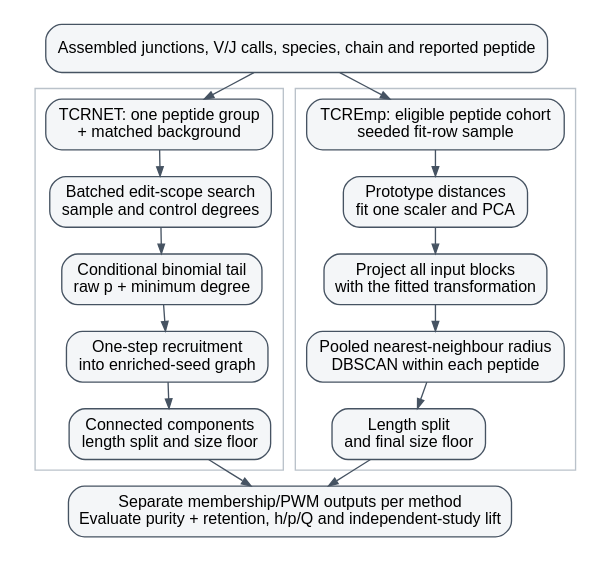
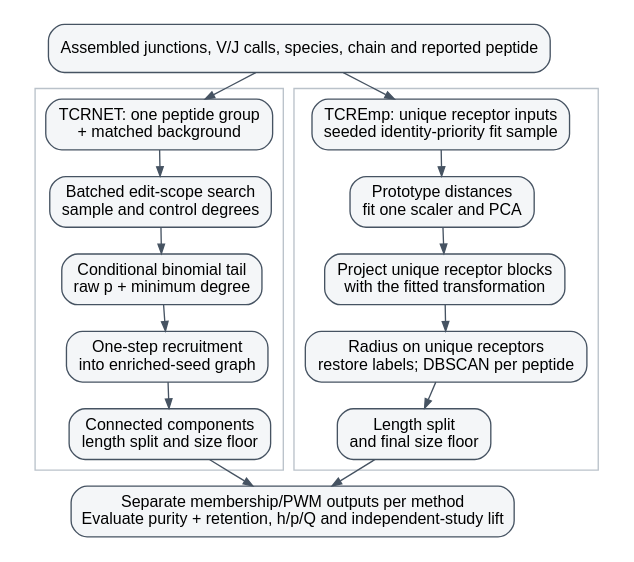
One commit to antigenomics/vdjdb-db changed the diagram in docs/_static/motif-methods.dot. Above: the diagram before and after it, drawn with Graphviz. The commit also changed 7 other files, not shown here.

First line of the commit message:
Stabilize TCREmp receptor geometry (#1358)

```diff
--- a/docs/_static/motif-methods.dot
+++ b/docs/_static/motif-methods.dot
@@ -1,27 +1,27 @@
 digraph motif_methods {
   graph [rankdir=TB, bgcolor="white", pad="0.15", nodesep="0.35", ranksep="0.28"];
   node [shape=box, style="rounded,filled", fillcolor="#f4f6f8", color="#465362", fontname="Arial", fontsize=12, margin="0.12,0.08"];
   edge [color="#465362", arrowsize=0.7];
   input [label="Assembled junctions, V/J calls, species, chain and reported peptide"];
   subgraph cluster_net {
     label=""; fontname="Arial"; color="#bac2ca";
     n1 [label="TCRNET: one peptide group\n+ matched background"];
     n2 [label="Batched edit-scope search\nsample and control degrees"];
     n3 [label="Conditional binomial tail\nraw p + minimum degree"];
     n4 [label="One-step recruitment\ninto enriched-seed graph"];
     n5 [label="Connected components\nlength split and size floor"];
     n1 -> n2 -> n3 -> n4 -> n5;
   }
   subgraph cluster_emp {
     label=""; fontname="Arial"; color="#bac2ca";
-    e1 [label="TCREmp: eligible peptide cohort\nseeded fit-row sample"];
+    e1 [label="TCREmp: unique receptor inputs\nseeded identity-priority fit sample"];
     e2 [label="Prototype distances\nfit one scaler and PCA"];
-    e3 [label="Project all input blocks\nwith the fitted transformation"];
-    e4 [label="Pooled nearest-neighbour radius\nDBSCAN within each peptide"];
+    e3 [label="Project unique receptor blocks\nwith the fitted transformation"];
+    e4 [label="Radius on unique receptors\nrestore labels; DBSCAN per peptide"];
     e5 [label="Length split\nand final size floor"];
     e1 -> e2 -> e3 -> e4 -> e5;
   }
   input -> n1; input -> e1;
   out [label="Separate membership/PWM outputs per method\nEvaluate purity + retention, h/p/Q and independent-study lift"];
   n5 -> out; e5 -> out;
 }
```
